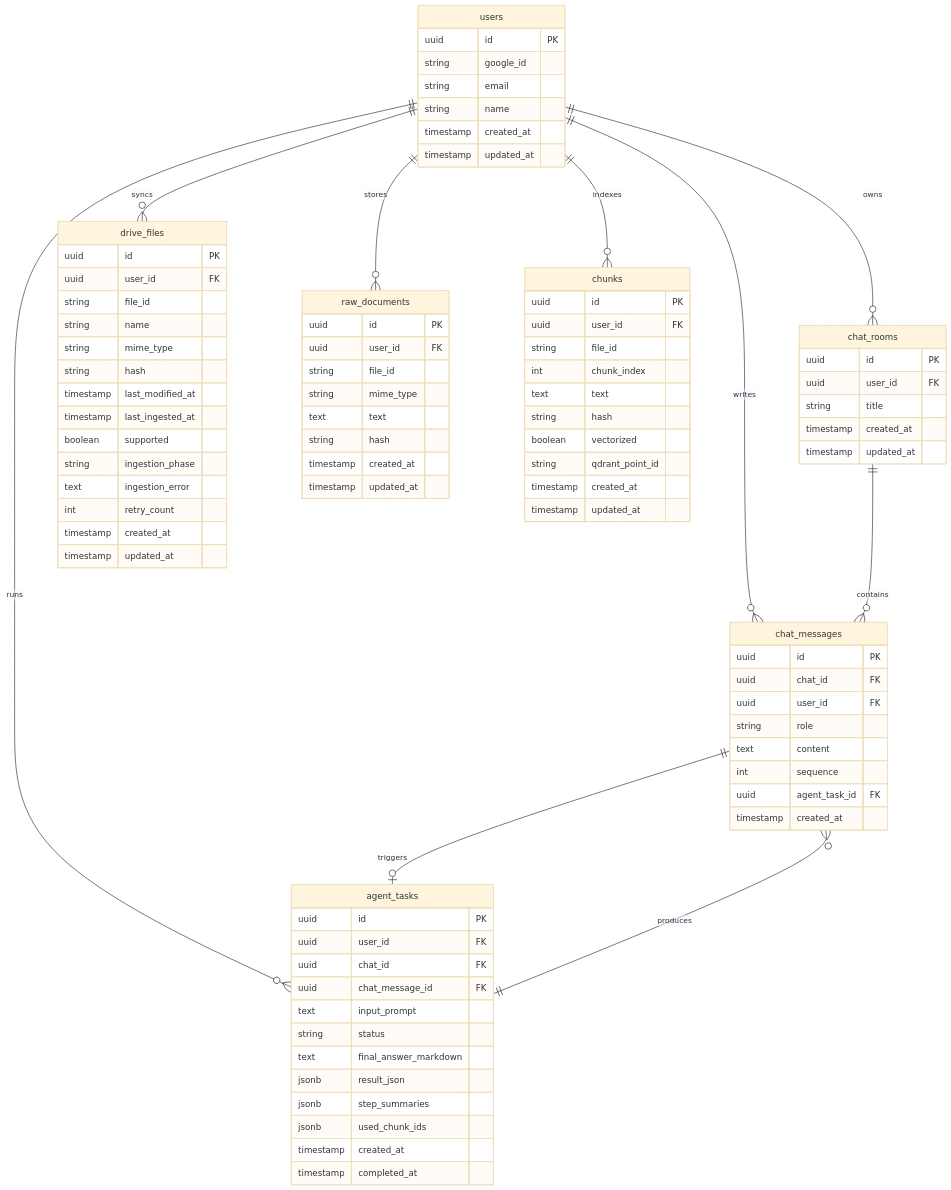
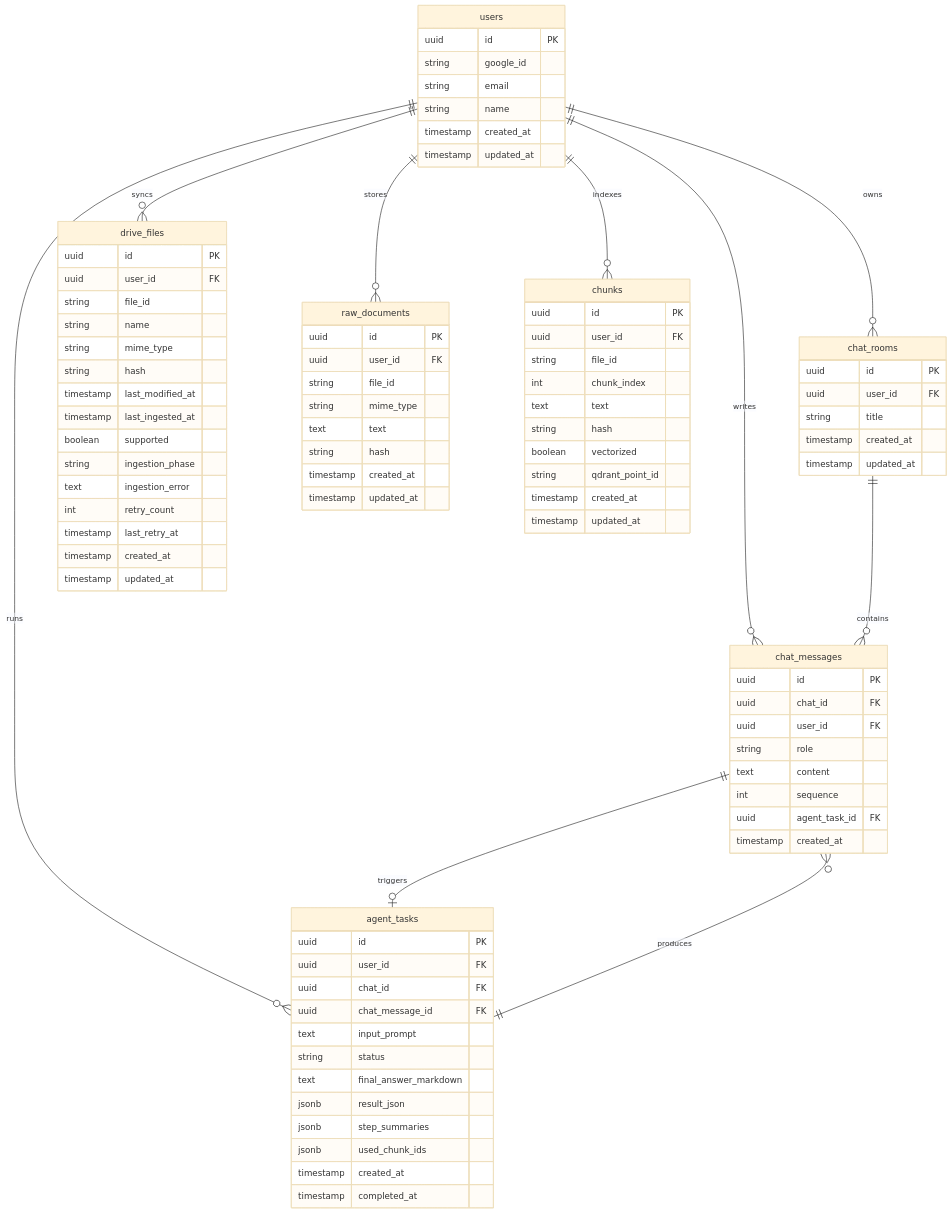
The fifth of 5 diagrams in README.md (iBreakProd/biscuit), drawn with Mermaid (base theme) before and after one commit. The commit also changed other lines of this file, not shown here.

```diff
--- a/README.md
+++ b/README.md
@@ -507,6 +563,7 @@
         string ingestion_phase
         text ingestion_error
         int retry_count
+        timestamp last_retry_at
         timestamp created_at
         timestamp updated_at
     }
```
